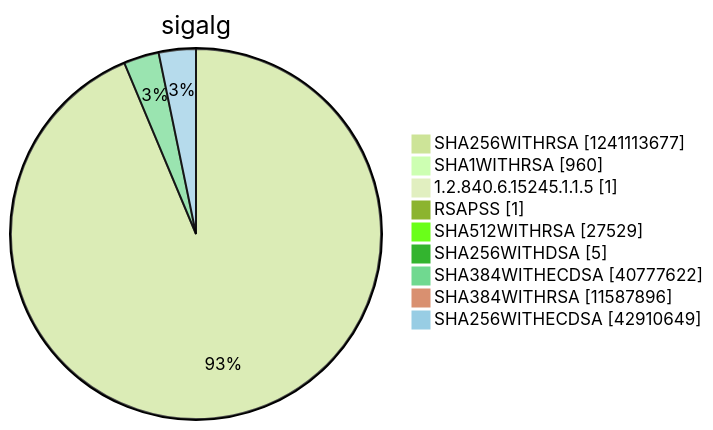
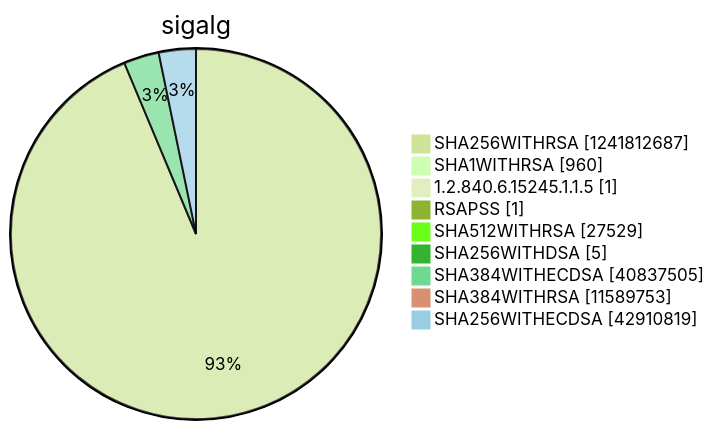
One commit to christiankrug/ctmonitor_visualization changed diagram 15 of 15 in argon2022/README.md. Above: the diagram before and after it, drawn with Mermaid (forest theme). The commit also changed other lines of this file, not shown here.

````diff
--- a/argon2022/README.md
+++ b/argon2022/README.md
@@ -5522,13 +5522,13 @@
 ```mermaid
 pie showData
 title sigalg
-"SHA256WITHRSA" :1241113677
+"SHA256WITHRSA" :1241812687
 "SHA1WITHRSA" :960
 "1.2.840.6.15245.1.1.5" :1
 "RSAPSS" :1
 "SHA512WITHRSA" :27529
 "SHA256WITHDSA" :5
-"SHA384WITHECDSA" :40777622
-"SHA384WITHRSA" :11587896
-"SHA256WITHECDSA" :42910649
+"SHA384WITHECDSA" :40837505
+"SHA384WITHRSA" :11589753
+"SHA256WITHECDSA" :42910819
 ```
````
